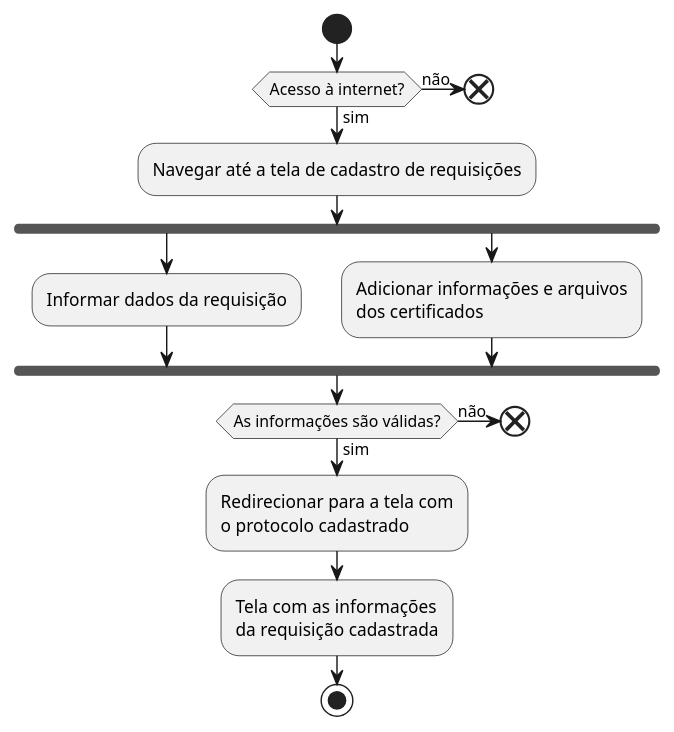
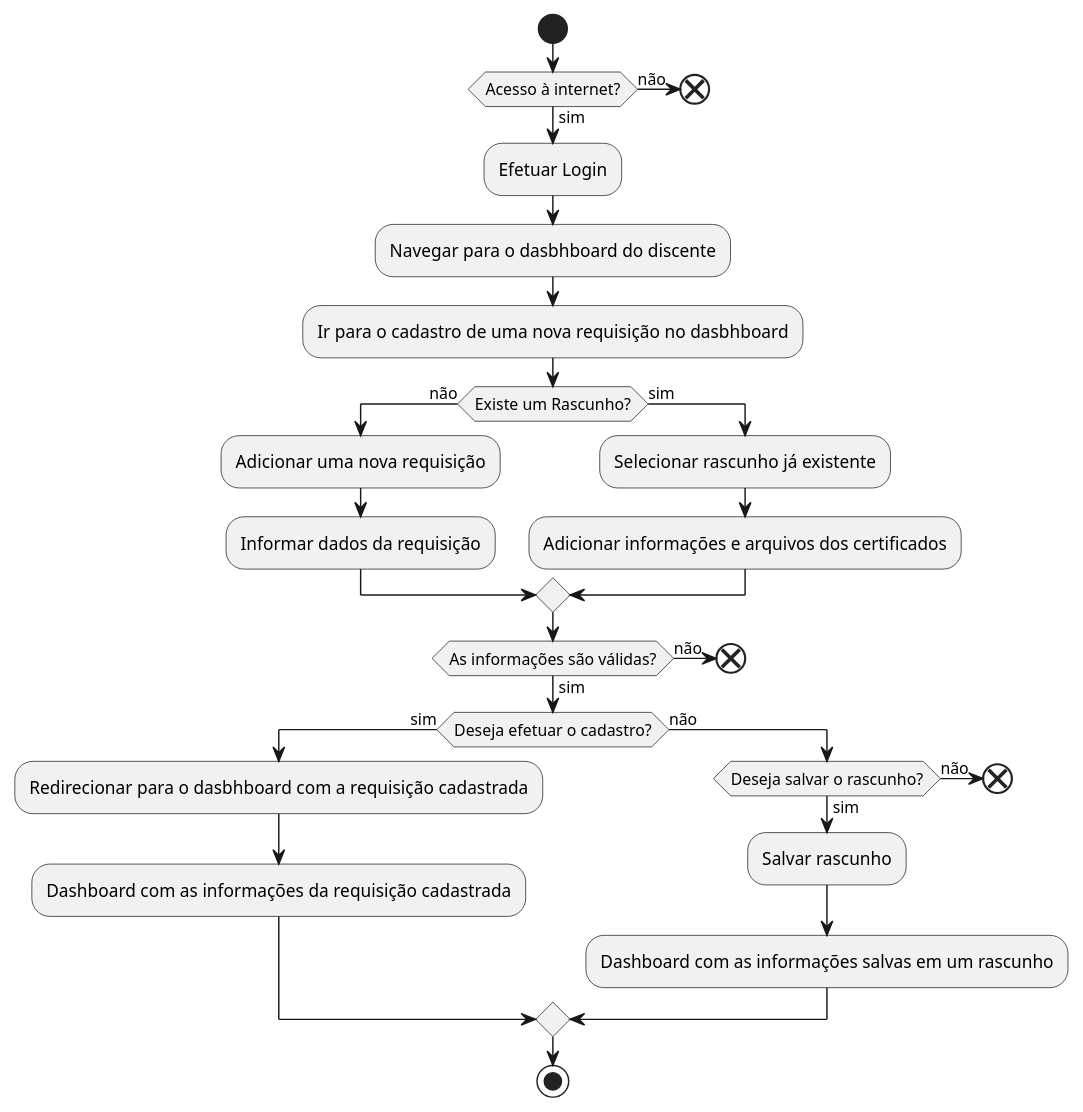
Before and after one commit to kvojps/sistema-acs: the diagram in docs_source/src/2. Níveis/2.4 Código - C4/2.4.2 Atividades/diagrama-c4.puml, drawn with PlantUML.

Commit message:
Atualizando o Diagrama de Ativididade
O Diagrama foi atualizado para um possível melhor entendimento do fluxo do sistema em atividades. Palavras e verbos foram mudados e nossas atividades foram adicionadas, aumentado mais o fluxograma sem aumentar sua complexidade. As adições foram em relação a existência de rascunhos, navegação para o dashboard do discente, o desejo do usuário querer efetuar um cadastro ou salvar o rascunho da requisição feita.

```diff
--- a/docs_source/src/2. Níveis/2.4 Código - C4/2.4.2 Atividades/diagrama-c4.puml
+++ b/docs_source/src/2. Níveis/2.4 Código - C4/2.4.2 Atividades/diagrama-c4.puml
@@ -1,23 +1,35 @@
 @startuml atividades
+
     start
     if (Acesso à internet?) then (sim)
-        :Navegar até a tela de cadastro de requisições;
-        fork
+        :Efetuar Login;
+        :Navegar para o dasbhboard do discente;
+        :Ir para o cadastro de uma nova requisição no dasbhboard;
+        if (Existe um Rascunho?) then (não)
+            :Adicionar uma nova requisição;
             :Informar dados da requisição;
-        fork again
-            :Adicionar informações e arquivos
-            dos certificados;
-        end fork
+        else (sim)
+            :Selecionar rascunho já existente;
+            :Adicionar informações e arquivos dos certificados;
+        endif
         if (As informações são válidas?) then (sim)
-            :Redirecionar para a tela com
-            o protocolo cadastrado;
-            :Tela com as informações
-            da requisição cadastrada;
+            if (Deseja efetuar o cadastro?) then (sim)
+                :Redirecionar para o dasbhboard com a requisição cadastrada;
+                :Dashboard com as informações da requisição cadastrada;
+            else (não)
+                if(Deseja salvar o rascunho?) then (sim)
+                    :Salvar rascunho;
+                    :Dashboard com as informações salvas em um rascunho;
+                else (não)
+                    end 
+                endif
+            endif    
             stop
         else (não)
             end
         endif
     else (não)
         end
     endif
+
 @enduml
```
